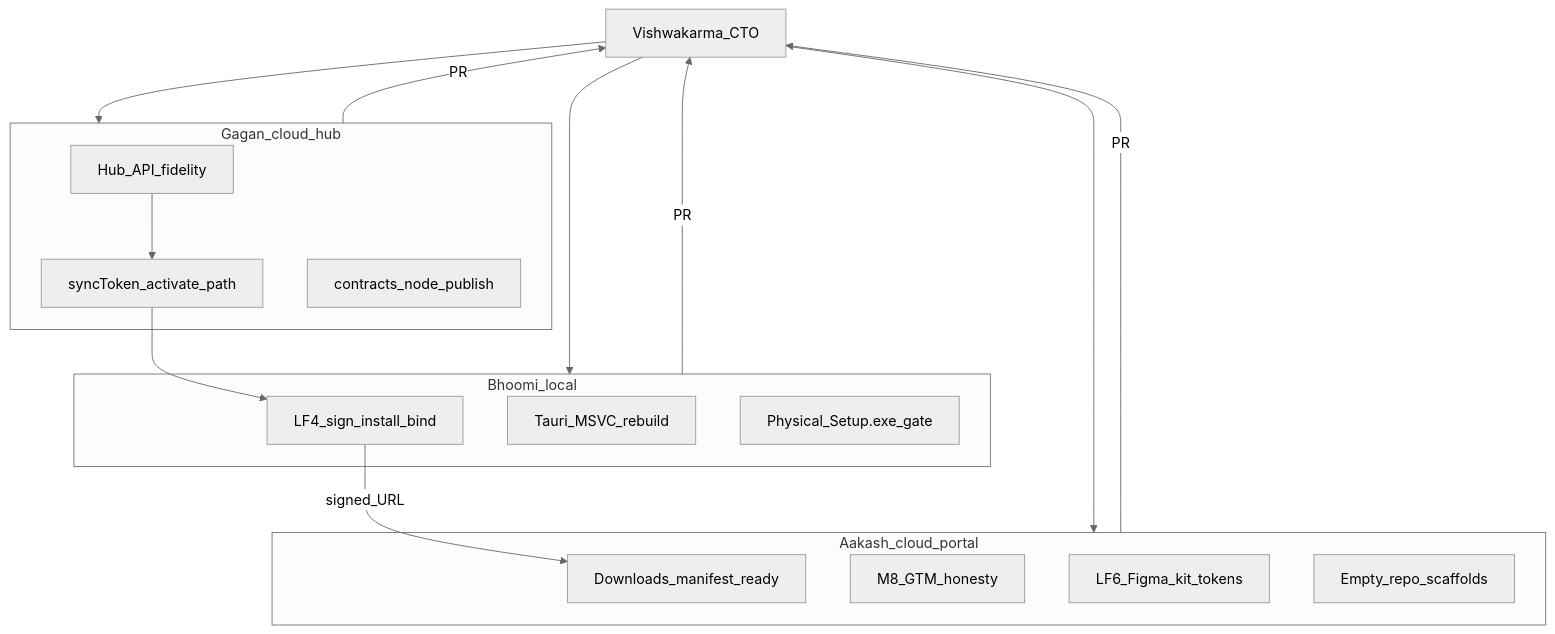
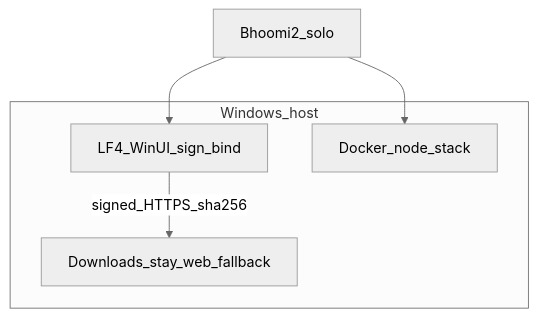
The diagram in docs/esti/AGENT-WORKSTREAMS.md (HolagundiWorks/aorms), drawn with Mermaid (neutral theme) before and after one commit. The commit also changed other lines of this file and 6 other files, not shown here.

First line of the commit message:
docs(roadmap): merge Bhoomi2 solo LF4 status onto main

````diff
--- a/docs/esti/AGENT-WORKSTREAMS.md
+++ b/docs/esti/AGENT-WORKSTREAMS.md
@@ -28,29 +30,12 @@
 ```mermaid
 flowchart TB
-  Vish[Vishwakarma_CTO]
-  subgraph local [Bhoomi_local]
-    LF4[LF4_sign_install_bind]
-    Tauri[Tauri_MSVC_rebuild]
-    Smoke[Physical_Setup.exe_gate]
+  B2[Bhoomi2_solo]
+  subgraph local [Windows_host]
+    LF4[LF4_WinUI_sign_bind]
+    Stack[Docker_node_stack]
+    Portal[Downloads_stay_web_fallback]
   end
-  subgraph gagan [Gagan_cloud_hub]
-    Hub[Hub_API_fidelity]
-    SyncTok[syncToken_activate_path]
-    Contracts[contracts_node_publish]
-  end
-  subgraph aakash [Aakash_cloud_portal]
-    Portal[Downloads_manifest_ready]
-    M8[M8_GTM_honesty]
-    LF6[LF6_Figma_kit_tokens]
-    Scaffolds[Empty_repo_scaffolds]
-  end
-  Vish --> local
-  Vish --> gagan
-  Vish --> aakash
-  LF4 -->|signed_URL| Portal
-  SyncTok --> LF4
-  Hub --> SyncTok
-  gagan -->|PR| Vish
-  aakash -->|PR| Vish
-  local -->|PR| Vish
+  B2 --> Stack
+  B2 --> LF4
+  LF4 -->|signed_HTTPS_sha256| Portal
 ```
````
